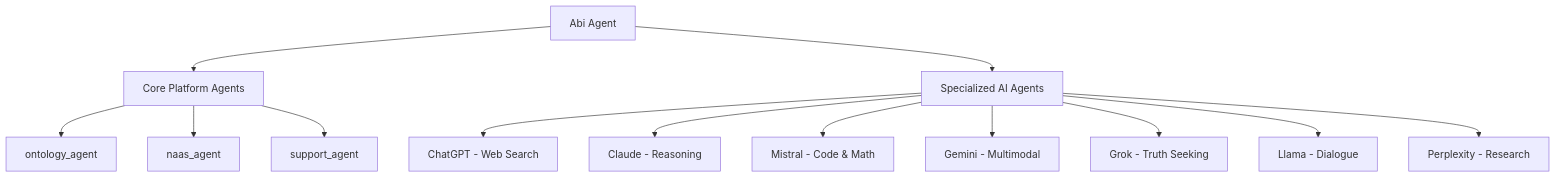
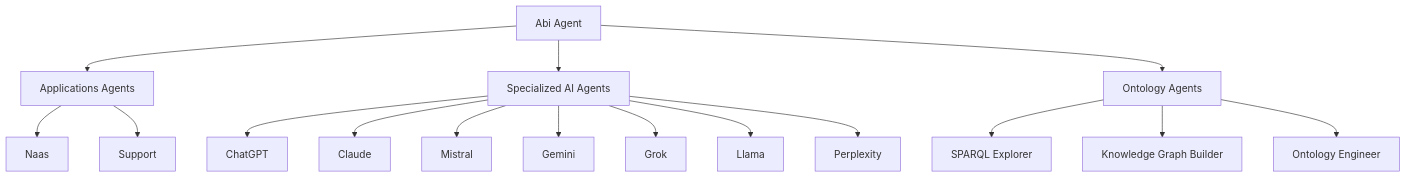
One commit to jupyter-naas/abi changed the diagram in src/core/modules/abi/README.md. Above: the diagram before and after it, drawn with Mermaid. The commit also changed other lines of this file, not shown here.

Commit message:
docs: update abi README.md

````diff
--- a/src/core/modules/abi/README.md
+++ b/src/core/modules/abi/README.md
@@ -33,15 +42,18 @@
 ```mermaid
 graph TD
-    A[Abi Agent] --> B[Core Platform Agents]
+    A[Abi Agent] --> B[Applications Agents]
     A --> C[Specialized AI Agents]
-    B --> D[ontology_agent]
-    B --> E[naas_agent] 
-    B --> F[support_agent]
-    C --> G[ChatGPT - Web Search]
-    C --> H[Claude - Reasoning]
-    C --> I[Mistral - Code & Math]
-    C --> J[Gemini - Multimodal]
-    C --> K[Grok - Truth Seeking]
-    C --> L[Llama - Dialogue]
-    C --> M[Perplexity - Research]
+    A --> D[Ontology Agents]
+    B --> F[Naas]
+    B --> G[Support]
+    C --> H[ChatGPT]
+    C --> I[Claude]
+    C --> J[Mistral]
+    C --> K[Gemini]
+    C --> L[Grok]
+    C --> M[Llama]
+    C --> N[Perplexity]
+    D --> O[SPARQL Explorer]
+    D --> P[Knowledge Graph Builder]
+    D --> Q[Ontology Engineer]
 ```
````
